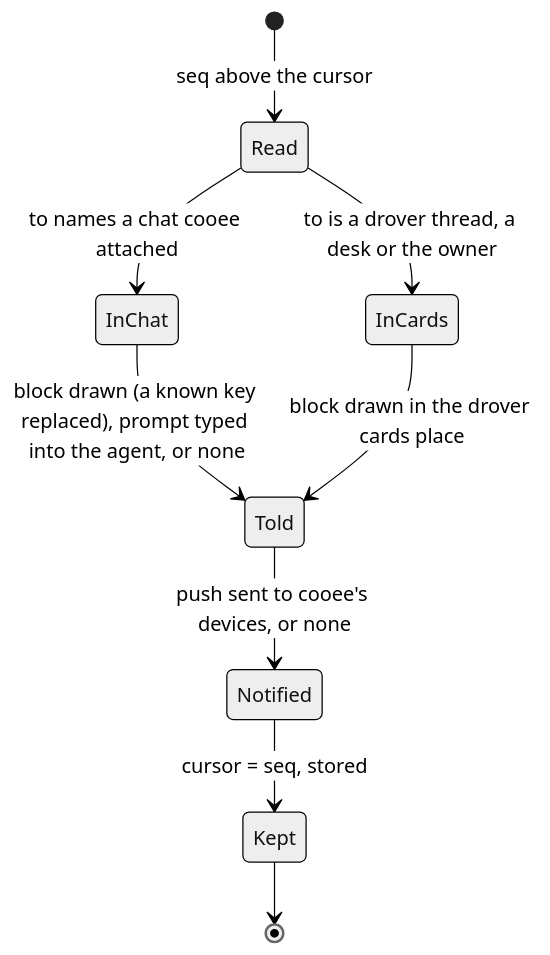
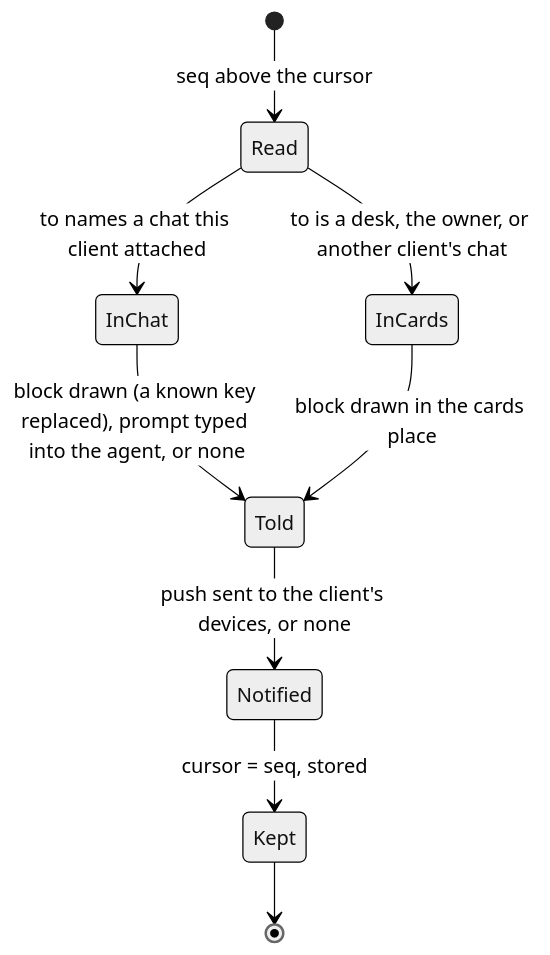
One commit to jirathip-dev/drover changed the fourth of 4 diagrams in docs/architecture/cooee-threads/boundaries.md. Above: the diagram before and after it, drawn with Mermaid (neutral theme). The commit also changed other lines of this file and 4 other files, not shown here.

Commit message:
architect: drover's threads are cut, chat lives in a client, a judge lane answers asks (#1571)

````diff
--- a/docs/architecture/cooee-threads/boundaries.md
+++ b/docs/architecture/cooee-threads/boundaries.md
@@ -94,11 +105,11 @@
 ```mermaid
 stateDiagram-v2
     [*] --> Read: seq above the cursor
-    Read --> InChat: to names a chat cooee attached
-    Read --> InCards: to is a drover thread, a desk or the owner
+    Read --> InChat: to names a chat this client attached
+    Read --> InCards: to is a desk, the owner, or another client's chat
     InChat --> Told: block drawn (a known key replaced), prompt typed into the agent, or none
-    InCards --> Told: block drawn in the drover cards place
-    Told --> Notified: push sent to cooee's devices, or none
+    InCards --> Told: block drawn in the cards place
+    Told --> Notified: push sent to the client's devices, or none
     Notified --> Kept: cursor = seq, stored
     Kept --> [*]
 ```
````
